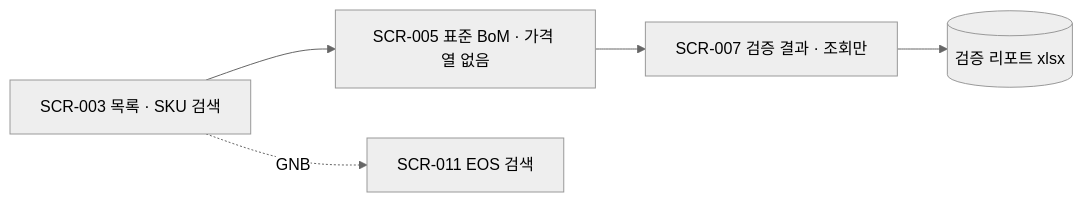
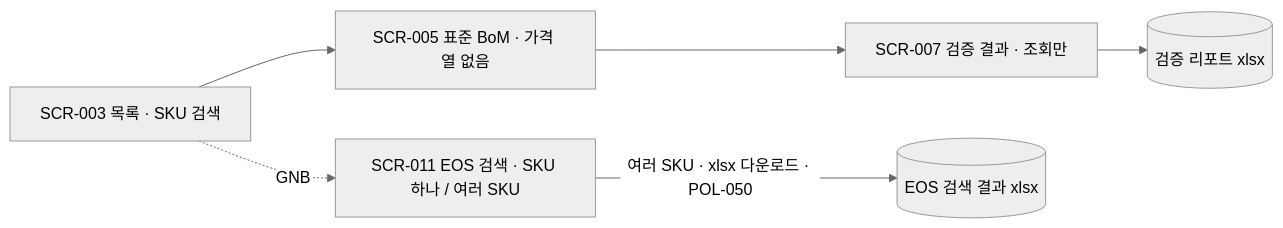
Before and after one commit to leoyun2010/planloop: the sixth of 7 diagrams in projects/bom-auto/03-ia.md, drawn with Mermaid (neutral theme). The commit also changed other lines of this file and 37 other files, not shown here.

````diff
--- a/projects/bom-auto/03-ia.md
+++ b/projects/bom-auto/03-ia.md
@@ -122,7 +140,8 @@
 ```mermaid
 flowchart LR
     A[SCR-003 목록 · SKU 검색] --> B[SCR-005 표준 BoM · 가격 열 없음]
     B --> C[SCR-007 검증 결과 · 조회만]
     C --> D[(검증 리포트 xlsx)]
-    A -.GNB.-> E[SCR-011 EOS 검색]
+    A -.GNB.-> E[SCR-011 EOS 검색 · SKU 하나 / 여러 SKU]
+    E -->|여러 SKU · xlsx 다운로드 · POL-050| F[(EOS 검색 결과 xlsx)]
 ```
````
